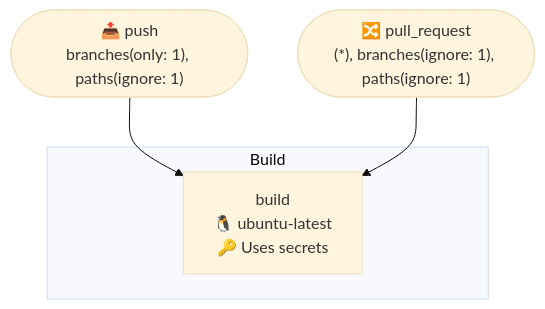
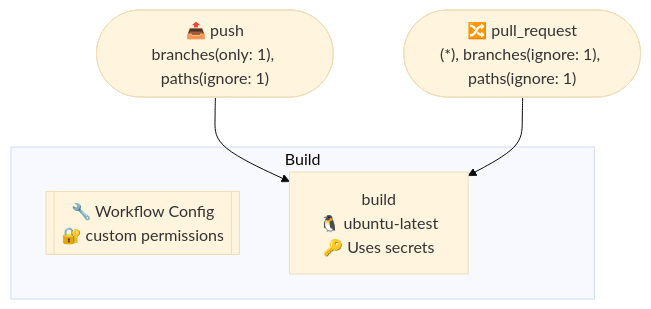
One commit to http4k/http4k changed the first of 2 diagrams in .github/typeflows/build-http4k/README.md. Above: the diagram before and after it, drawn with Mermaid (base theme). The commit also changed 35 other files, not shown here.

````diff
--- a/.github/typeflows/build-http4k/README.md
+++ b/.github/typeflows/build-http4k/README.md
@@ -3,11 +3,12 @@
 ```mermaid
 %%{init: {"flowchart": {"curve": "basis"}}}%%
 flowchart TD
     push(["📤 push<br/>branches(only: 1), paths(ignore: 1)"])
     pullrequest(["🔀 pull_request<br/>(*), branches(ignore: 1), paths(ignore: 1)"])
     subgraph buildhttp4kyml["Build"]
+        buildhttp4kyml_metadata[["🔧 Workflow Config<br/>🔐 custom permissions"]]
         buildhttp4kyml_build["build<br/>🐧 ubuntu-latest<br/>🔑 Uses secrets"]
     end
     push --> buildhttp4kyml_build
     pullrequest --> buildhttp4kyml_build
 ```
````
